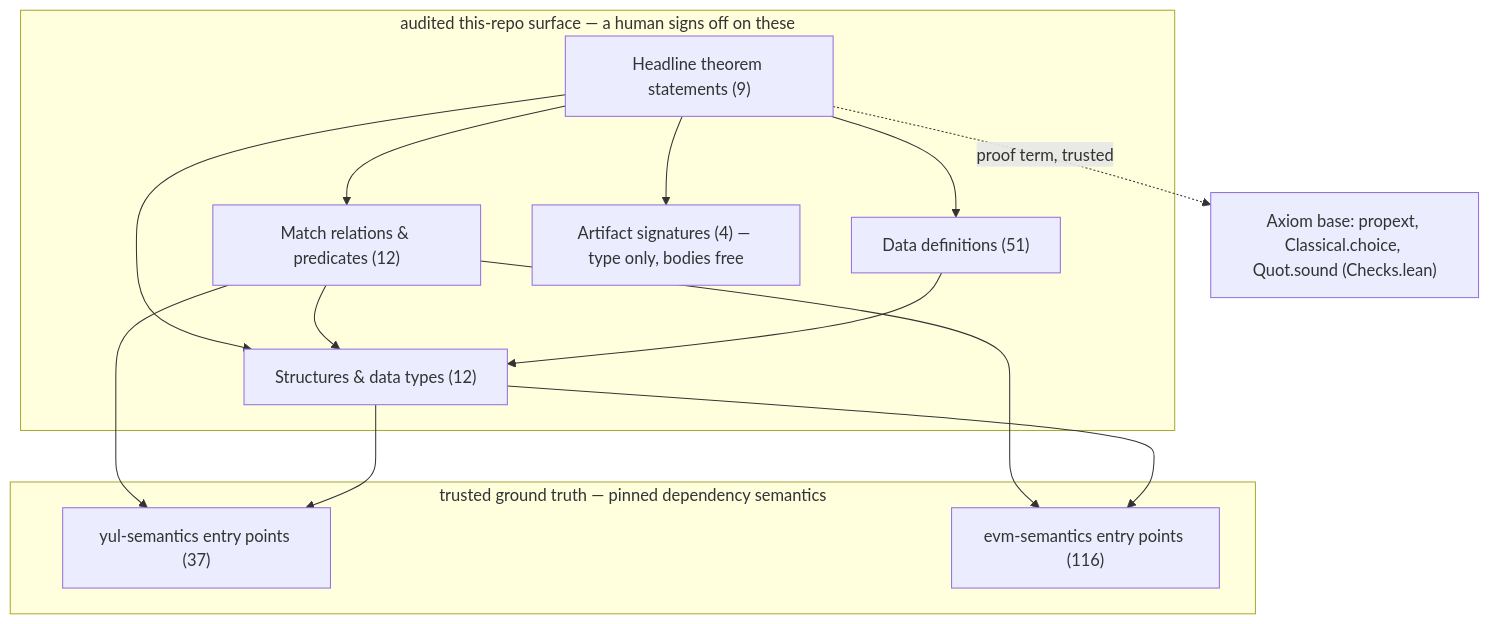
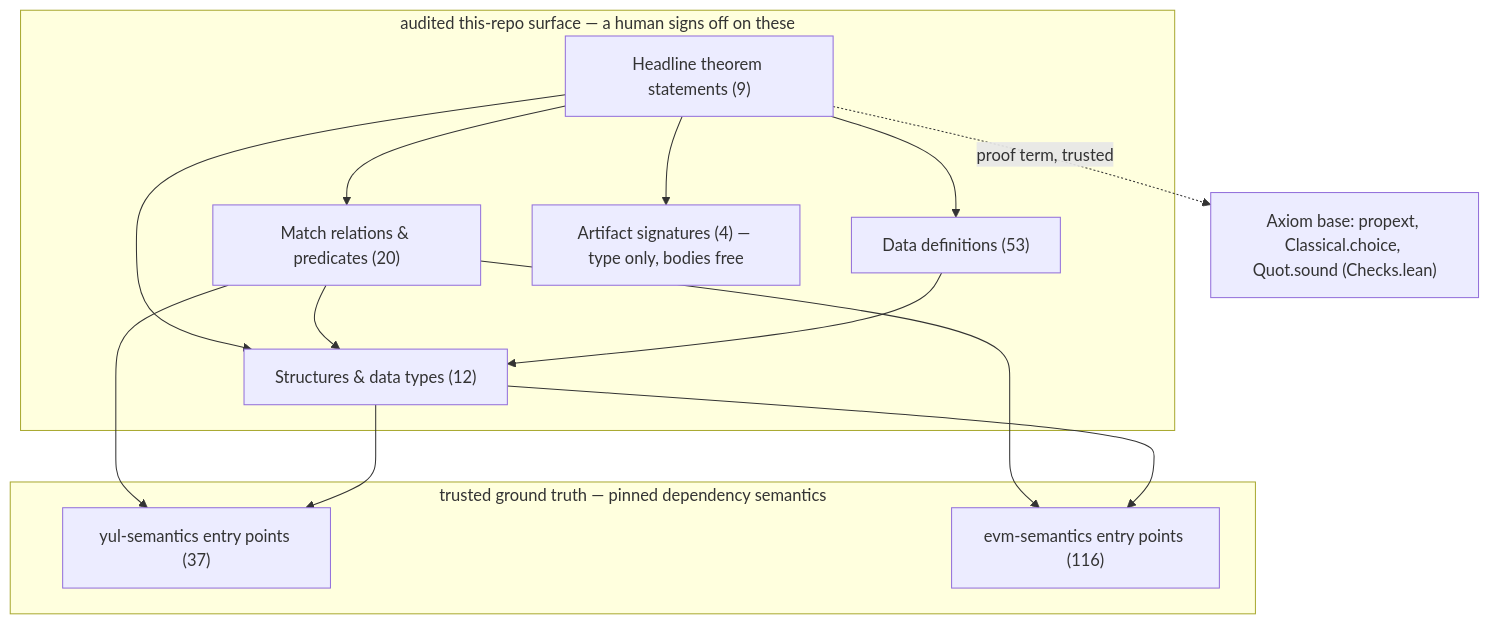
One commit to powdr-labs/yul-compiler changed the diagram in SPEC.md. Above: the diagram before and after it, drawn with Mermaid. The commit also changed other lines of this file and 1 other file, not shown here.

````diff
--- a/SPEC.md
+++ b/SPEC.md
@@ -23,20 +23,20 @@
 ```mermaid
 flowchart TD
   subgraph audited ["audited this-repo surface — a human signs off on these"]
     S["Headline theorem statements (9)"]
-    R["Match relations & predicates (12)"]
+    R["Match relations & predicates (20)"]
     T["Structures & data types (12)"]
-    D["Data definitions (51)"]
+    D["Data definitions (53)"]
     A["Artifact signatures (4) — type only, bodies free"]
   end
   subgraph external ["trusted ground truth — pinned dependency semantics"]
     YUL["yul-semantics entry points (37)"]
     EVM["evm-semantics entry points (116)"]
   end
   AX["Axiom base: propext, Classical.choice, Quot.sound (Checks.lean)"]
   S --> R & T & D & A
   R --> T & YUL & EVM
   D --> T
   T --> YUL & EVM
   S -.->|proof term, trusted| AX
 ```
````
